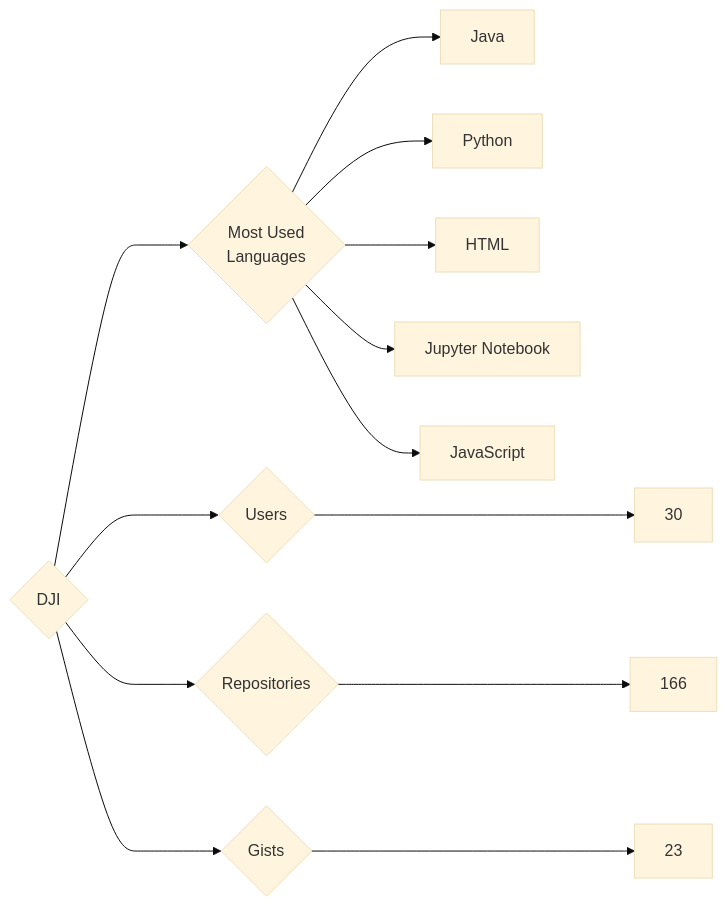
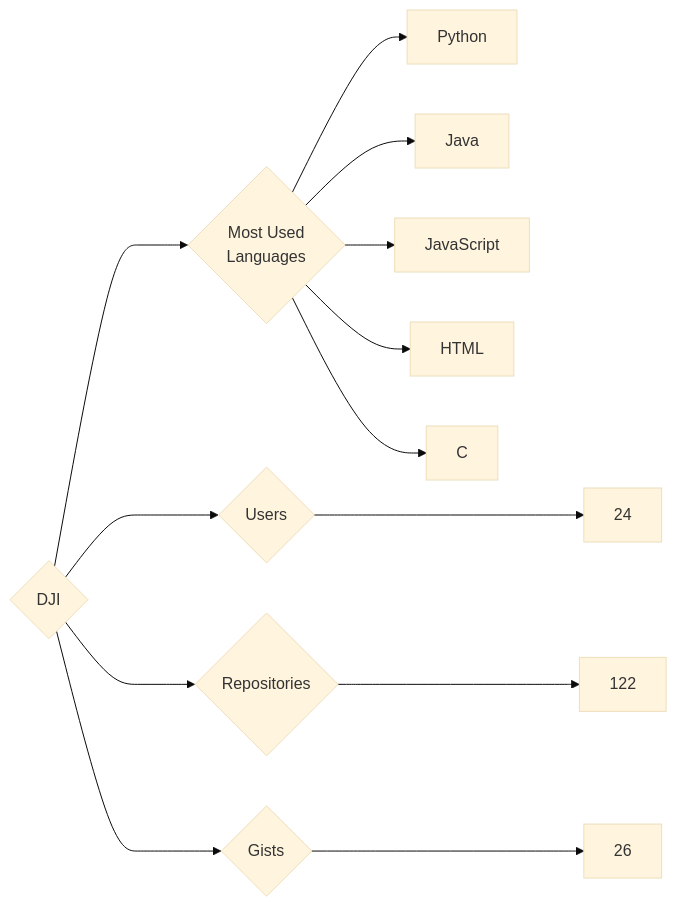
One commit to trickest/insiders changed the diagram in targets/DJI/README.md. Above: the diagram before and after it, drawn with Mermaid (base theme). The commit also changed 736 other files, not shown here.

````diff
--- a/targets/DJI/README.md
+++ b/targets/DJI/README.md
@@ -3,13 +3,13 @@
 ```mermaid
 graph LR
 COMPANY_NAME{DJI}
-COMPANY_NAME ---> U{Users} ---> UN[30]
-COMPANY_NAME ---> R{Repositories} ---> RN[166]
-COMPANY_NAME ---> G{Gists} ---> GN[23]
+COMPANY_NAME ---> U{Users} ---> UN[24]
+COMPANY_NAME ---> R{Repositories} ---> RN[122]
+COMPANY_NAME ---> G{Gists} ---> GN[26]
 COMPANY_NAME ---> ML{Most Used<br>Languages}
+ML --> Python[Python]
 ML --> Java[Java]
-ML --> Python[Python]
+ML --> JavaScript[JavaScript]
 ML --> HTML[HTML]
-ML --> Jupyter_Notebook[Jupyter Notebook]
-ML --> JavaScript[JavaScript]
+ML --> C[C]
 ```
````
